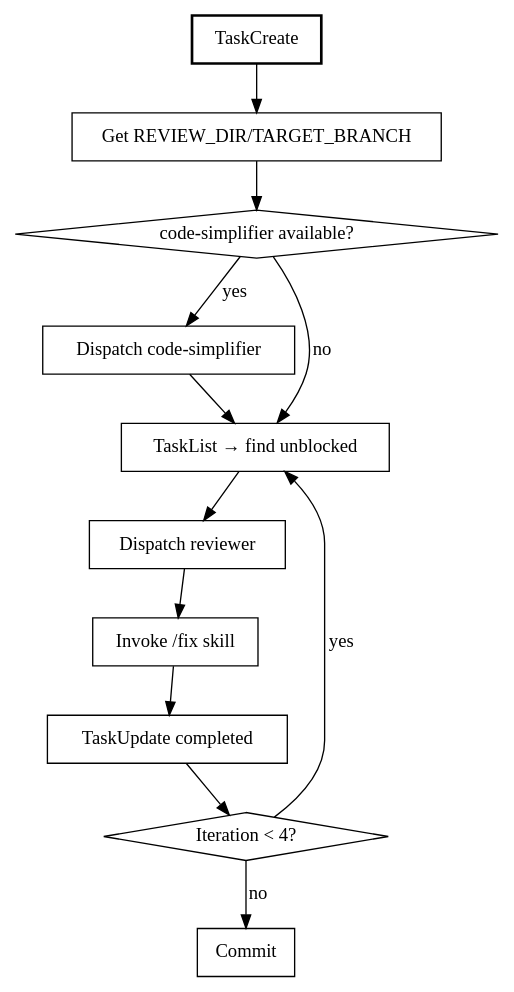
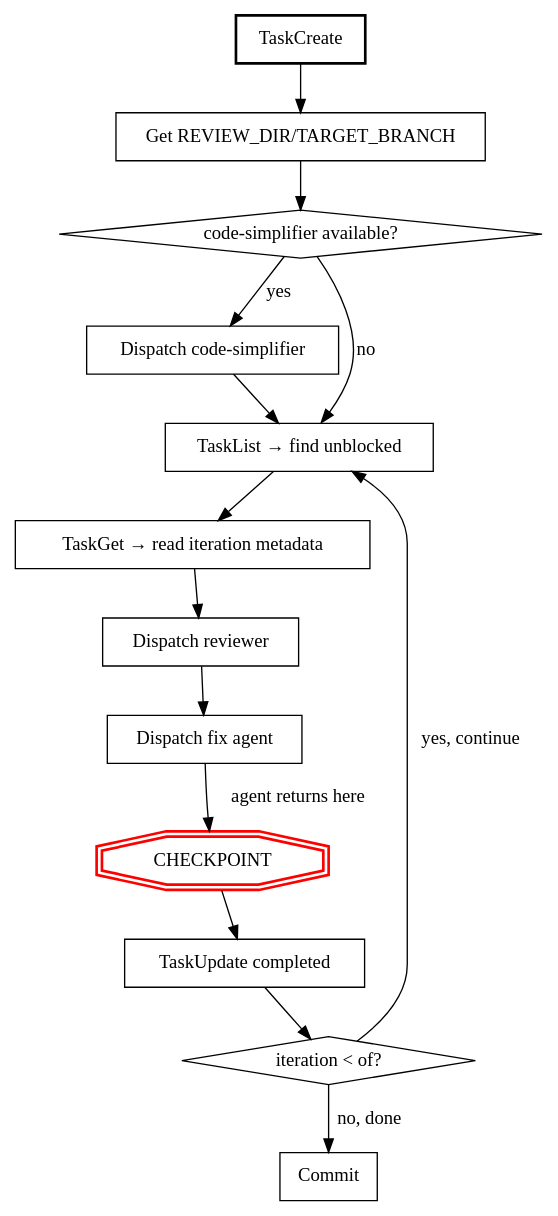
Before and after one commit to runkids/claude-skill-registry: the diagram in skills/data/review-loop/SKILL.md, drawn with Graphviz. The commit also changed other lines of this file and 32285 other files, not shown here.

````diff
--- a/skills/data/review-loop/SKILL.md
+++ b/skills/data/review-loop/SKILL.md
@@ -65,27 +65,31 @@
 ```dot
 digraph review_loop {
     rankdir=TB;
     "TaskCreate" [shape=box, style=bold];
     "Get REVIEW_DIR/TARGET_BRANCH" [shape=box];
     "code-simplifier available?" [shape=diamond];
     "Dispatch code-simplifier" [shape=box];
     "TaskList → find unblocked" [shape=box];
+    "TaskGet → read iteration metadata" [shape=box];
     "Dispatch reviewer" [shape=box];
-    "Invoke /fix skill" [shape=box];
+    "Dispatch fix agent" [shape=box];
+    "CHECKPOINT" [shape=doubleoctagon, style=bold, color=red];
     "TaskUpdate completed" [shape=box];
-    "Iteration < 4?" [shape=diamond];
+    "iteration < of?" [shape=diamond];
     "Commit" [shape=box];
 
     "TaskCreate" -> "Get REVIEW_DIR/TARGET_BRANCH";
     "Get REVIEW_DIR/TARGET_BRANCH" -> "code-simplifier available?";
     "code-simplifier available?" -> "Dispatch code-simplifier" [label="yes"];
     "code-simplifier available?" -> "TaskList → find unblocked" [label="no"];
     "Dispatch code-simplifier" -> "TaskList → find unblocked";
-    "TaskList → find unblocked" -> "Dispatch reviewer";
-    "Dispatch reviewer" -> "Invoke /fix skill";
-    "Invoke /fix skill" -> "TaskUpdate completed";
-    "TaskUpdate completed" -> "Iteration < 4?";
-    "Iteration < 4?" -> "TaskList → find unblocked" [label="yes"];
-    "Iteration < 4?" -> "Commit" [label="no"];
+    "TaskList → find unblocked" -> "TaskGet → read iteration metadata";
+    "TaskGet → read iteration metadata" -> "Dispatch reviewer";
+    "Dispatch reviewer" -> "Dispatch fix agent";
+    "Dispatch fix agent" -> "CHECKPOINT" [label="agent returns here"];
+    "CHECKPOINT" -> "TaskUpdate completed";
+    "TaskUpdate completed" -> "iteration < of?";
+    "iteration < of?" -> "TaskList → find unblocked" [label="yes, continue"];
+    "iteration < of?" -> "Commit" [label="no, done"];
 }
 ```
````
